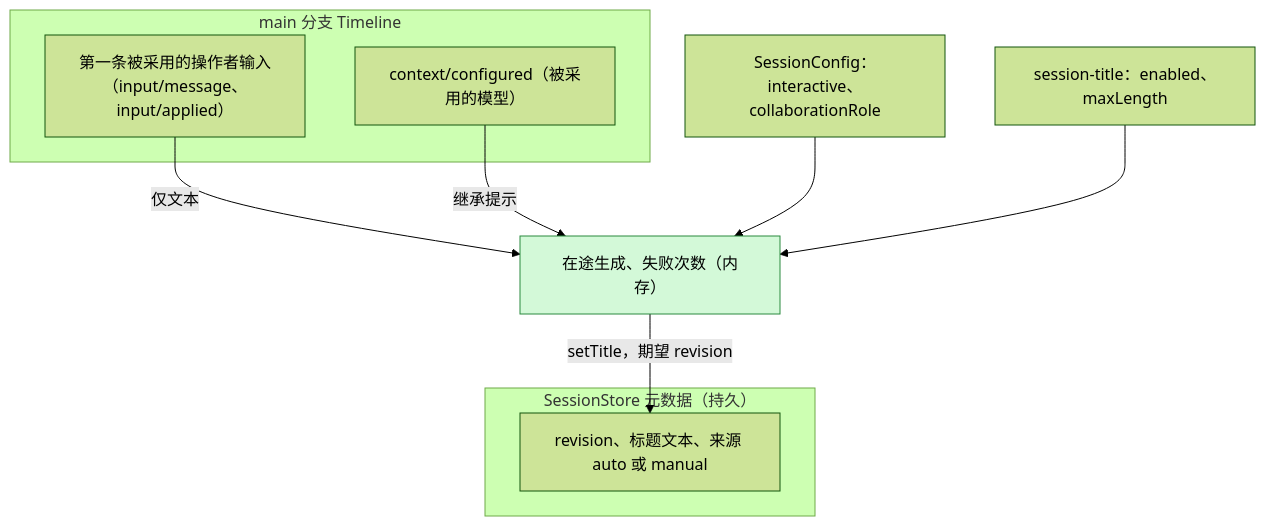
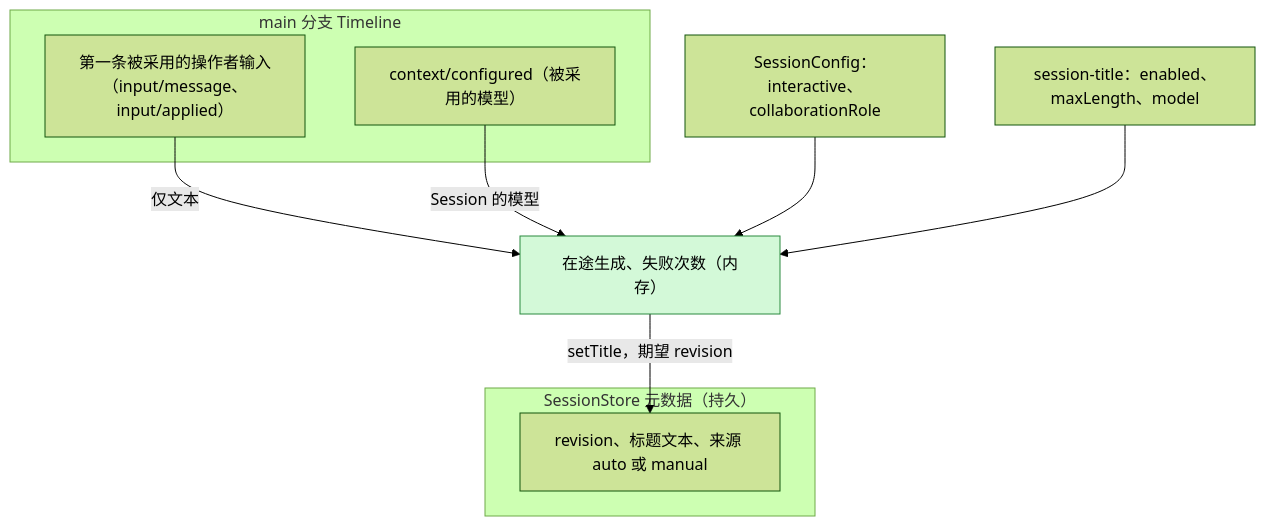
One commit to CoutinhoTTS/dim-agent changed the second of 5 diagrams in docs/zh/design/plugins/SessionTitle.md. Above: the diagram before and after it, drawn with Mermaid (forest theme). The commit also changed other lines of this file and 14 other files, not shown here.

````diff
--- a/docs/zh/design/plugins/SessionTitle.md
+++ b/docs/zh/design/plugins/SessionTitle.md
@@ -43,19 +43,19 @@
 ```mermaid
 flowchart TB
   subgraph TLM["main 分支 Timeline"]
     FUI["第一条被采用的操作者输入（input/message、input/applied）"]
     CC["context/configured（被采用的模型）"]
   end
   subgraph STORE["SessionStore 元数据（持久）"]
     MD["revision、标题文本、来源 auto 或 manual"]
   end
   CONF["SessionConfig：interactive、collaborationRole"]
-  CFG["session-title：enabled、maxLength"]
+  CFG["session-title：enabled、maxLength、model"]
   MEM["在途生成、失败次数（内存）"]:::new
   FUI -->|"仅文本"| MEM
-  CC -->|"继承提示"| MEM
+  CC -->|"Session 的模型"| MEM
   CONF --> MEM
   CFG --> MEM
   MEM -->|"setTitle，期望 revision"| MD
   classDef new fill:#d3f9d8,stroke:#2b8a3e,color:#000
 ```
````
